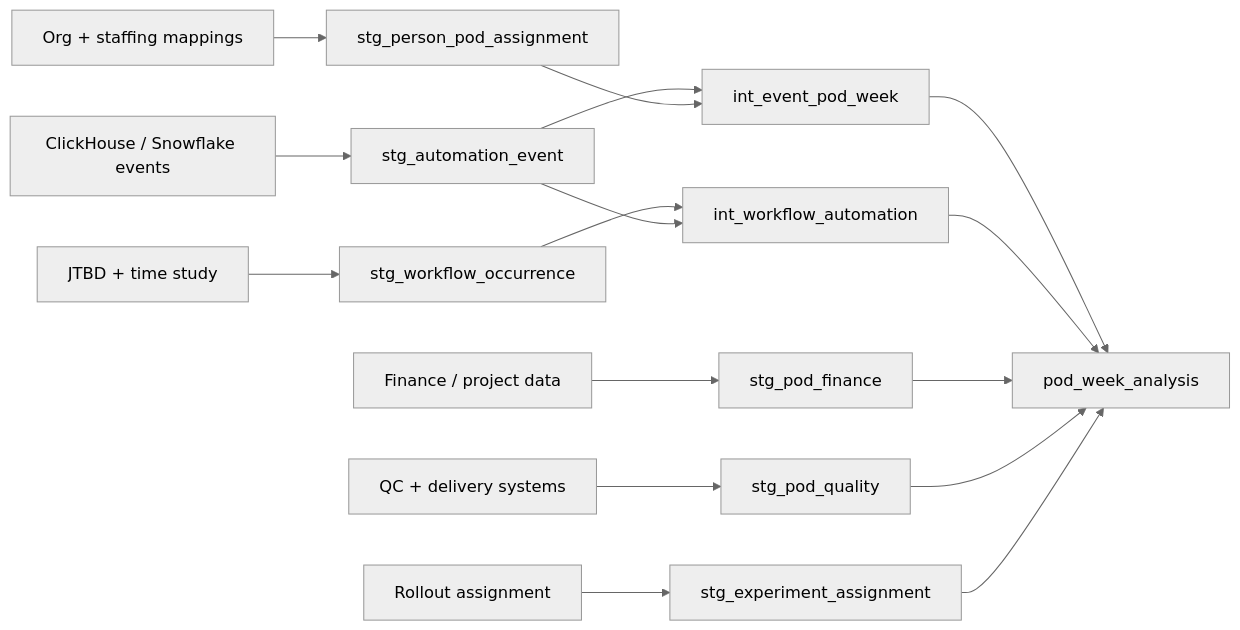
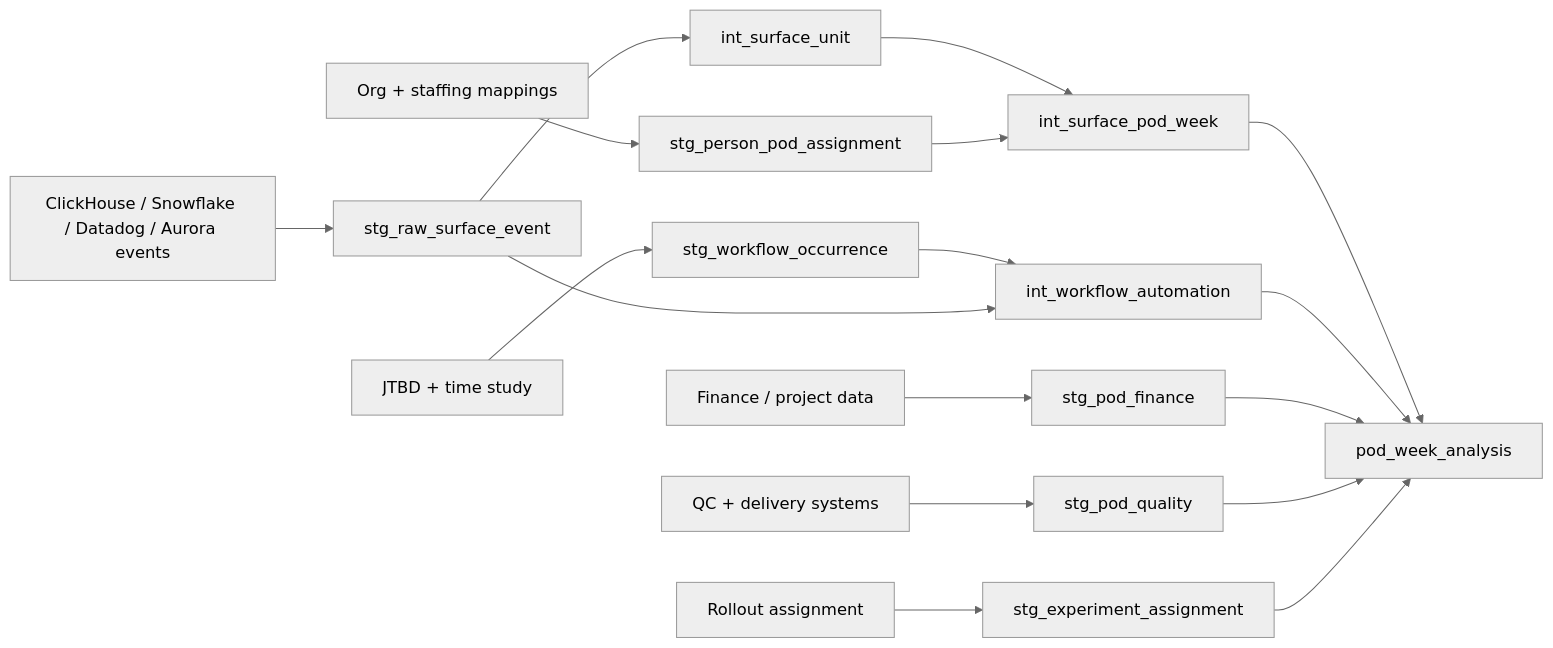
Before and after one commit to adinapak-mercor/spl-automation-economics: the diagram in docs/engineering-plan.md, drawn with Mermaid (neutral theme). The commit also changed other lines of this file and 11 other files, not shown here.

````diff
--- a/docs/engineering-plan.md
+++ b/docs/engineering-plan.md
@@ -93,20 +109,21 @@
 ```mermaid
 flowchart LR
-    RAW1["ClickHouse / Snowflake events"] --> STG1["stg_automation_event"]
+    RAW1["ClickHouse / Snowflake / Datadog / Aurora events"] --> STG1["stg_raw_surface_event"]
     RAW2["Org + staffing mappings"] --> STG2["stg_person_pod_assignment"]
     RAW3["Finance / project data"] --> STG3["stg_pod_finance"]
     RAW4["QC + delivery systems"] --> STG4["stg_pod_quality"]
     RAW5["Rollout assignment"] --> STG5["stg_experiment_assignment"]
     RAW6["JTBD + time study"] --> STG6["stg_workflow_occurrence"]
 
-    STG1 --> INT1["int_event_pod_week"]
+    STG1 --> INT0["int_surface_unit"]
+    INT0 --> INT1["int_surface_pod_week"]
     STG2 --> INT1
     STG6 --> INT2["int_workflow_automation"]
     STG1 --> INT2
 
     INT1 --> MART["pod_week_analysis"]
     INT2 --> MART
     STG3 --> MART
     STG4 --> MART
     STG5 --> MART
 ```
````
